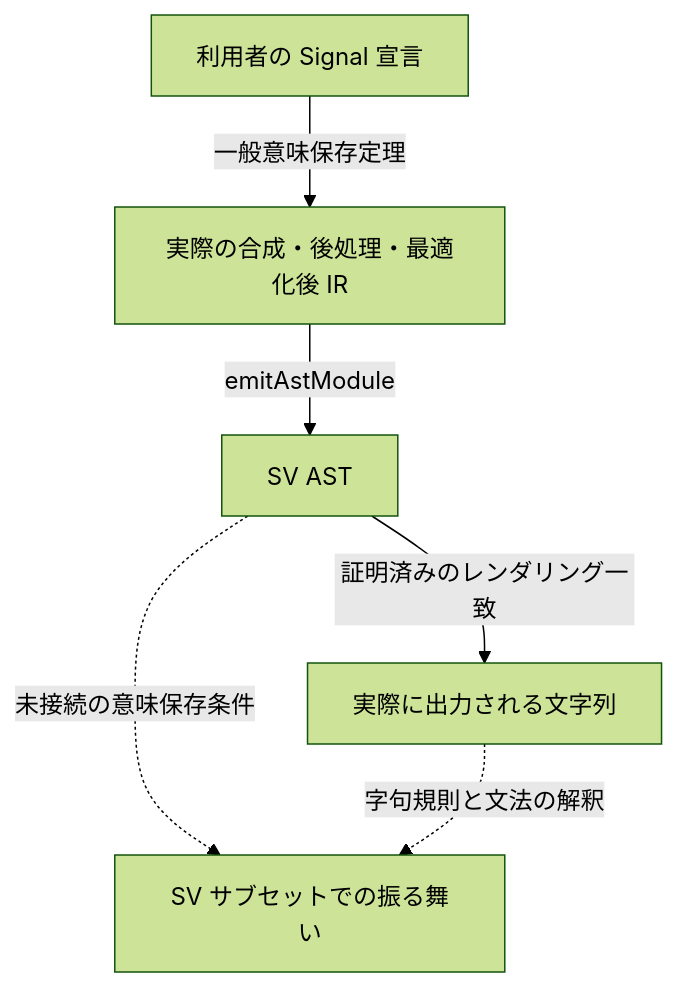
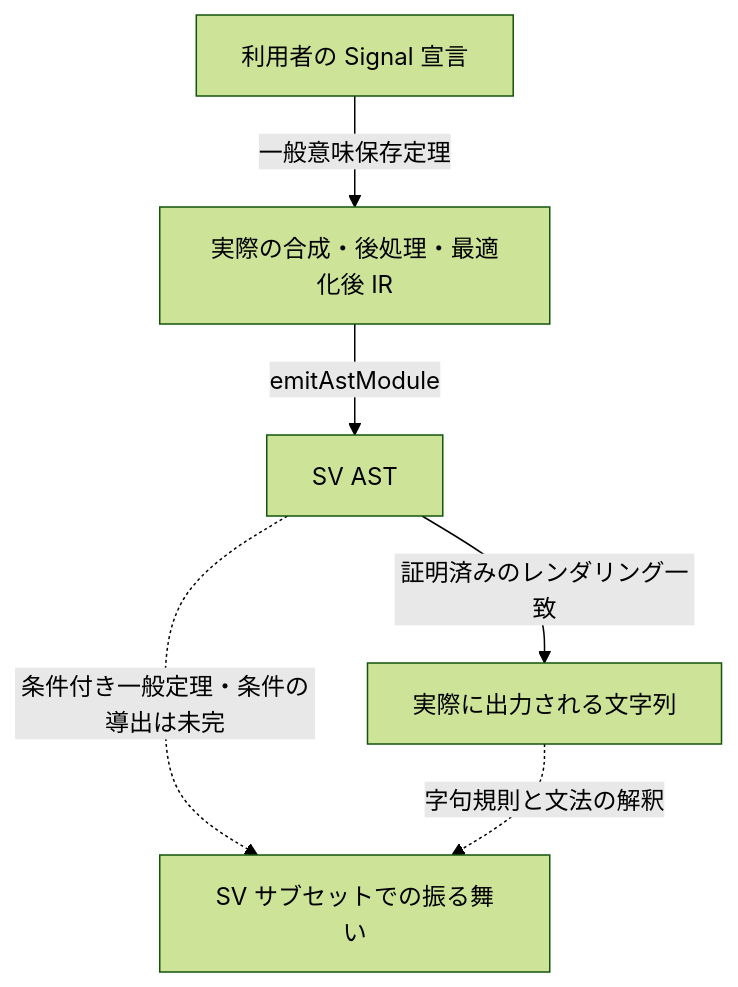
One commit to Verilean/sparkle changed the diagram in docs/tutorial/md/Ch07c_VerifiedCompiler.md. Above: the diagram before and after it, drawn with Mermaid (forest theme). The commit also changed other lines of this file and 6 other files, not shown here.

````diff
--- a/docs/tutorial/md/Ch07c_VerifiedCompiler.md
+++ b/docs/tutorial/md/Ch07c_VerifiedCompiler.md
@@ -134,8 +134,8 @@
 ```mermaid
 flowchart TD
     S[利用者の Signal 宣言] -->|一般意味保存定理| I[実際の合成・後処理・最適化後 IR]
     I -->|emitAstModule| A[SV AST]
     A -->|証明済みのレンダリング一致| T[実際に出力される文字列]
-    A -. 未接続の意味保存条件 .-> V[SV サブセットでの振る舞い]
+    A -. 条件付き一般定理・条件の導出は未完 .-> V[SV サブセットでの振る舞い]
     T -. 字句規則と文法の解釈 .-> V
 ```
````
